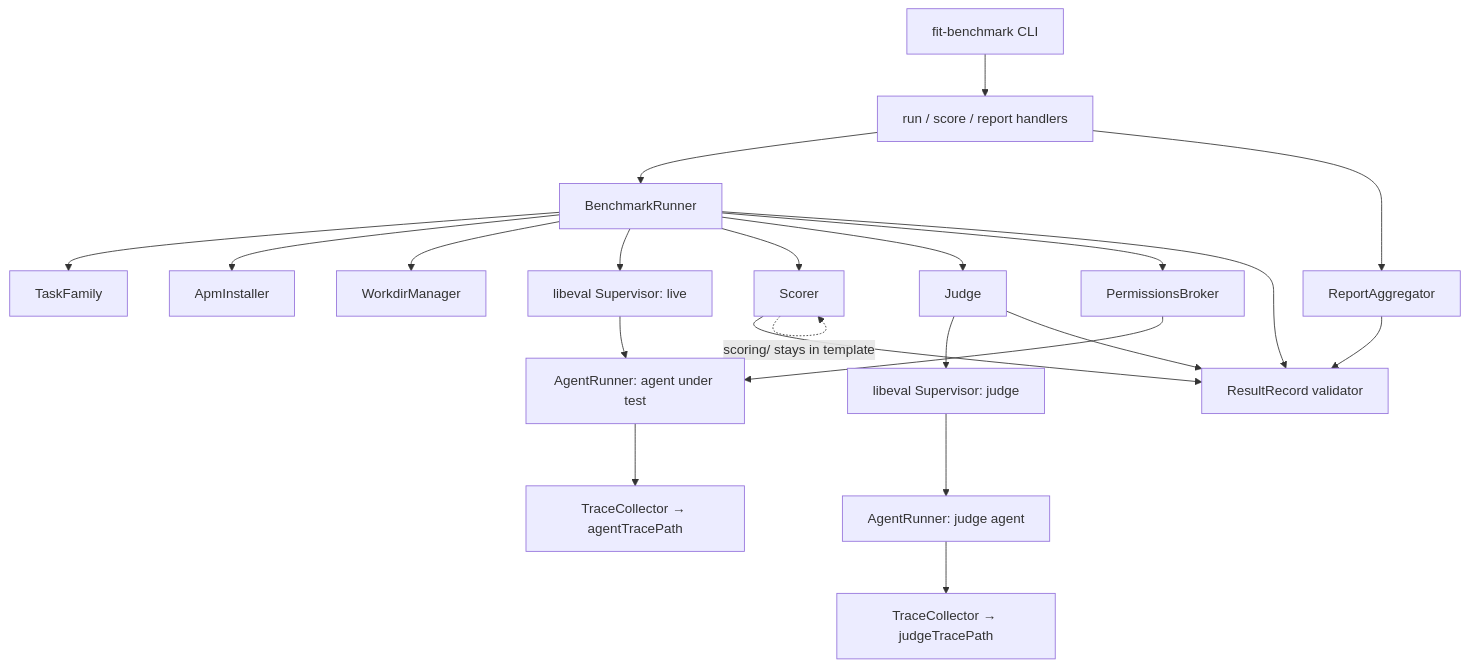
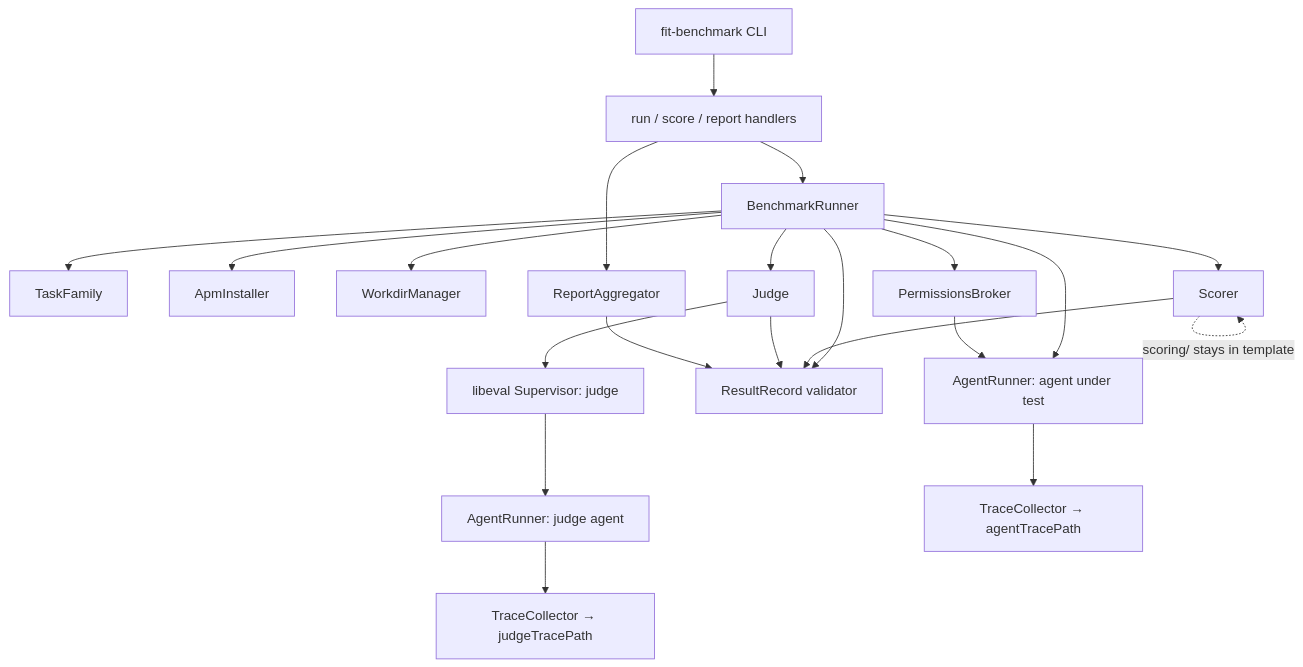
The first of 2 diagrams in specs/870-fit-benchmark-coding-tasks/design-a.md (forwardimpact/monorepo), drawn with Mermaid before and after one commit. The commit also changed other lines of this file and 1 other file, not shown here.

````diff
--- a/specs/870-fit-benchmark-coding-tasks/design-a.md
+++ b/specs/870-fit-benchmark-coding-tasks/design-a.md
@@ -26,24 +26,23 @@
 ```mermaid
 graph TD
   CLI[fit-benchmark CLI] --> CMD[run / score / report handlers]
   CMD --> BR[BenchmarkRunner]
   BR --> TF[TaskFamily]
   BR --> AI[ApmInstaller]
   BR --> WM[WorkdirManager]
-  BR --> SV1[libeval Supervisor: live]
+  BR --> AR1[AgentRunner: agent under test]
   BR --> SC[Scorer]
   BR --> JD[Judge]
   BR --> PB[PermissionsBroker]
   BR --> RR[ResultRecord validator]
-  SV1 --> AR1[AgentRunner: agent under test]
   JD --> SV2[libeval Supervisor: judge]
   SV2 --> AR2[AgentRunner: judge agent]
   AR1 --> TC1[TraceCollector → agentTracePath]
   AR2 --> TC2[TraceCollector → judgeTracePath]
   PB --> AR1
   SC -. "scoring/ stays in template" .-> SC
   SC --> RR
   JD --> RR
   CMD --> RA[ReportAggregator]
   RA --> RR
 ```
````
